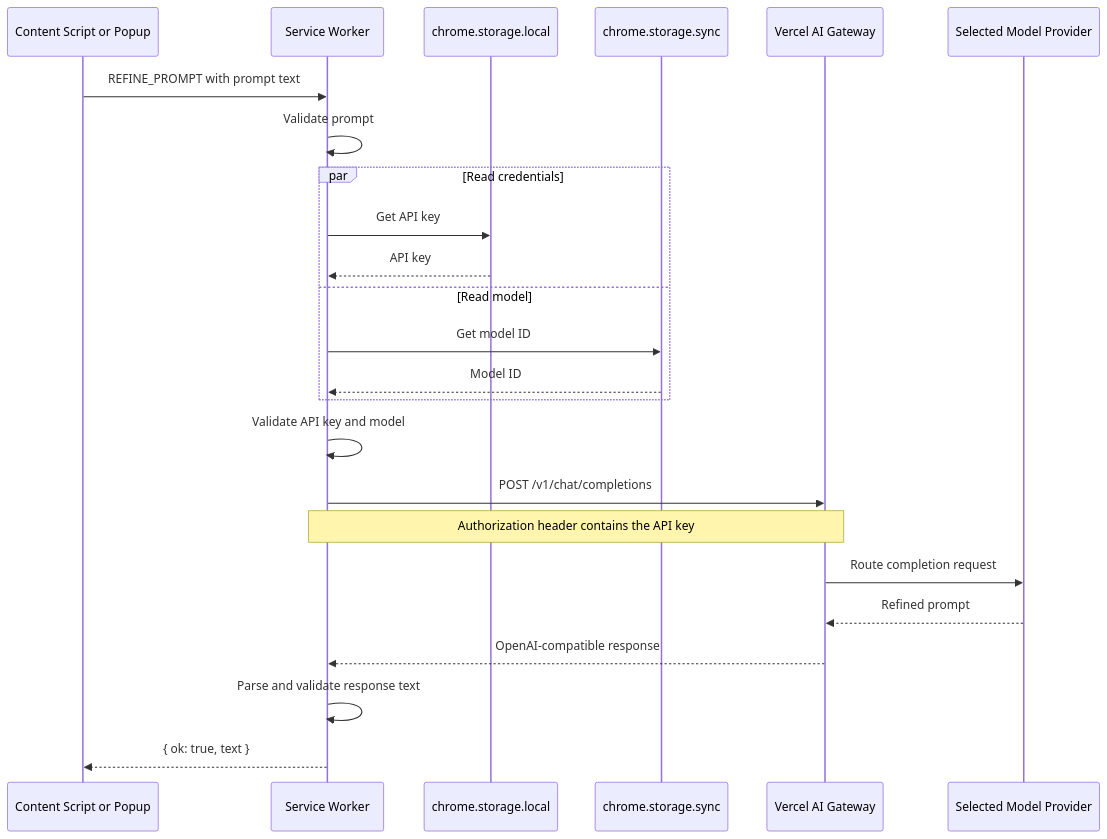
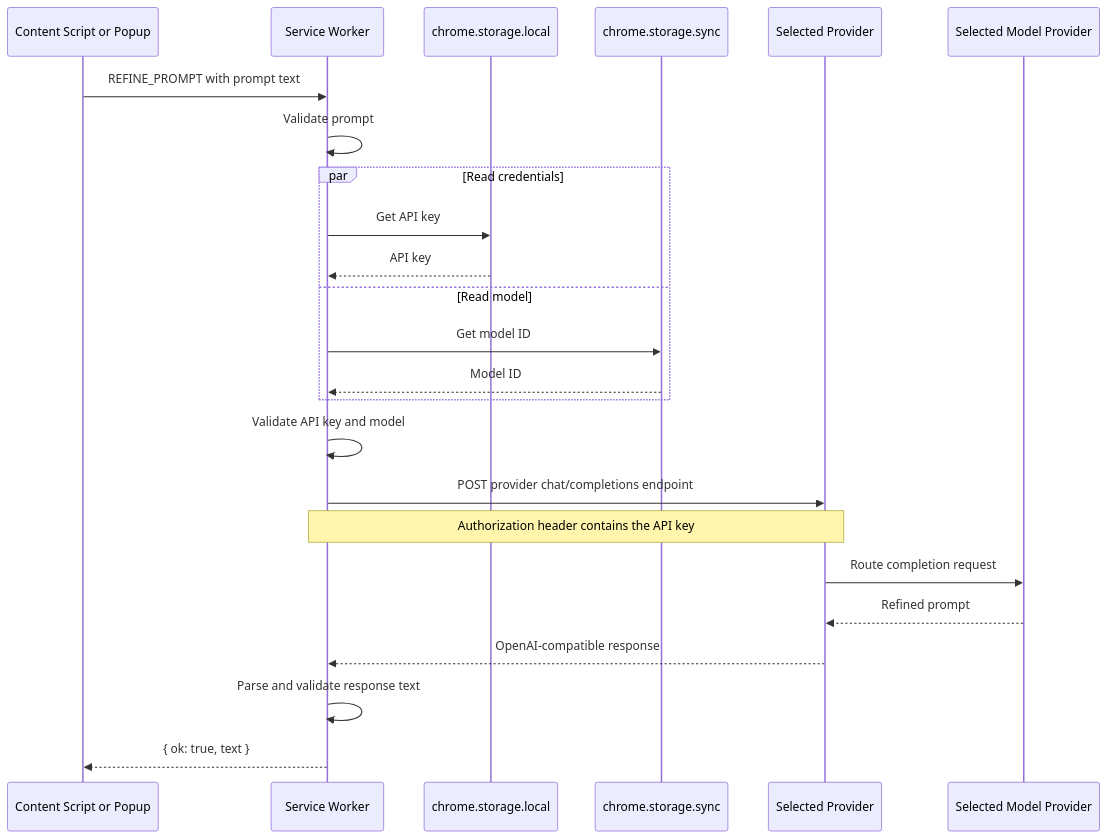
Before and after one commit to YASHxK1/Distix-prompt-refinement: the second of 4 diagrams in BACKEND_FLOW.md, drawn with Mermaid. The commit also changed other lines of this file and 24 other files, not shown here.

````diff
--- a/BACKEND_FLOW.md
+++ b/BACKEND_FLOW.md
@@ -56,27 +56,27 @@
 ```mermaid
 sequenceDiagram
     participant UI as Content Script or Popup
     participant SW as Service Worker
     participant LS as chrome.storage.local
     participant SS as chrome.storage.sync
-    participant GW as Vercel AI Gateway
+    participant GW as Selected Provider
     participant Model as Selected Model Provider
 
     UI->>SW: REFINE_PROMPT with prompt text
     SW->>SW: Validate prompt
     par Read credentials
         SW->>LS: Get API key
         LS-->>SW: API key
     and Read model
         SW->>SS: Get model ID
         SS-->>SW: Model ID
     end
     SW->>SW: Validate API key and model
-    SW->>GW: POST /v1/chat/completions
+    SW->>GW: POST provider chat/completions endpoint
     Note over SW,GW: Authorization header contains the API key
     GW->>Model: Route completion request
     Model-->>GW: Refined prompt
     GW-->>SW: OpenAI-compatible response
     SW->>SW: Parse and validate response text
     SW-->>UI: { ok: true, text }
 ```
````
